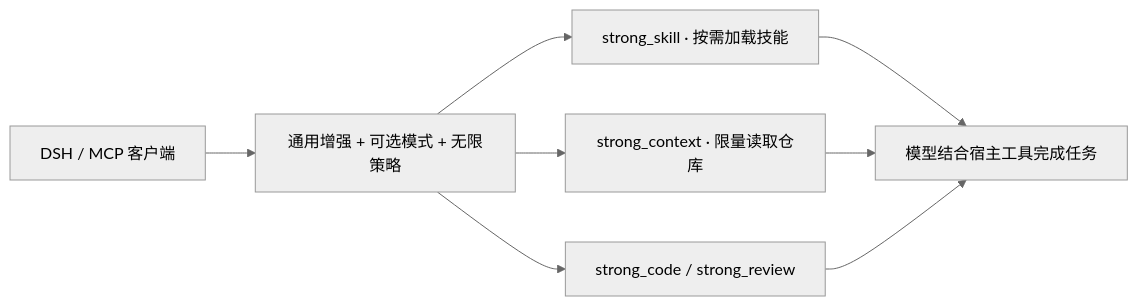
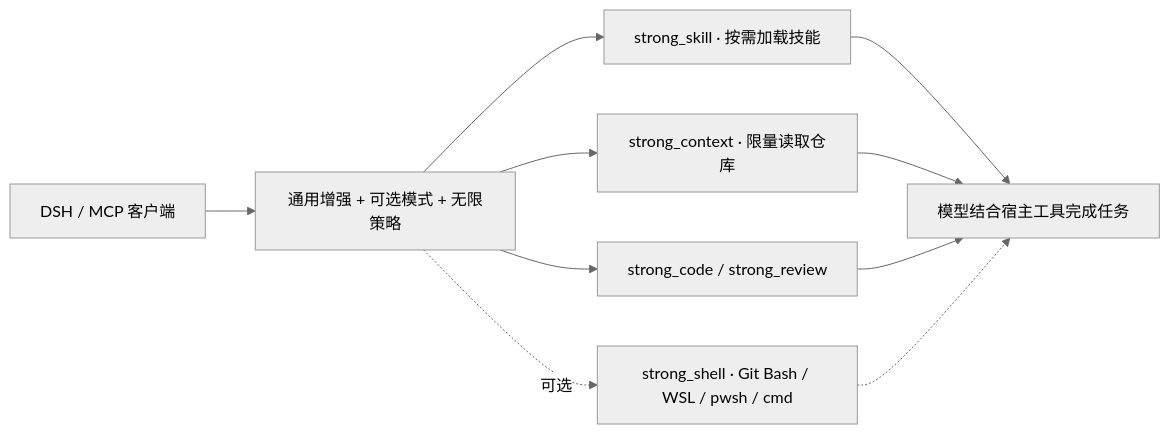
Before and after one commit to wemebabo57-a11y/dsh-mcp-strong-and-skills: the diagram in README.md, drawn with Mermaid (neutral theme). The commit also changed other lines of this file and 26 other files, not shown here.

````diff
--- a/README.md
+++ b/README.md
@@ -286,10 +296,12 @@
 ```mermaid
 flowchart LR
     Host[DSH / MCP 客户端] --> Gateway[通用增强 + 可选模式 + 无限策略]
     Gateway --> Skills[strong_skill · 按需加载技能]
     Gateway --> Context[strong_context · 限量读取仓库]
     Gateway --> Code[strong_code / strong_review]
+    Gateway -.可选.-> Shell[strong_shell · Git Bash / WSL / pwsh / cmd]
     Skills --> Model[模型结合宿主工具完成任务]
     Context --> Model
     Code --> Model
+    Shell -.-> Model
 ```
````
